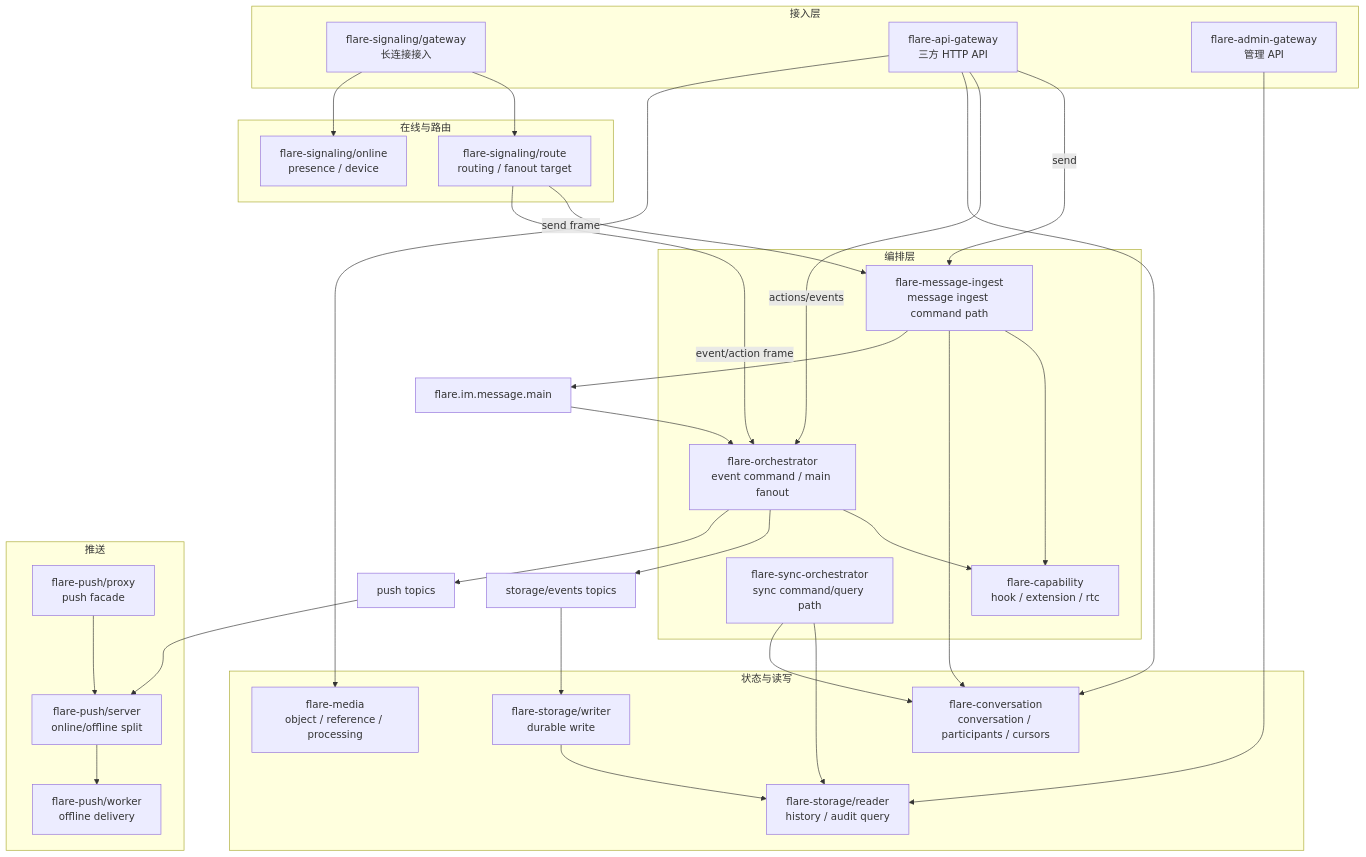
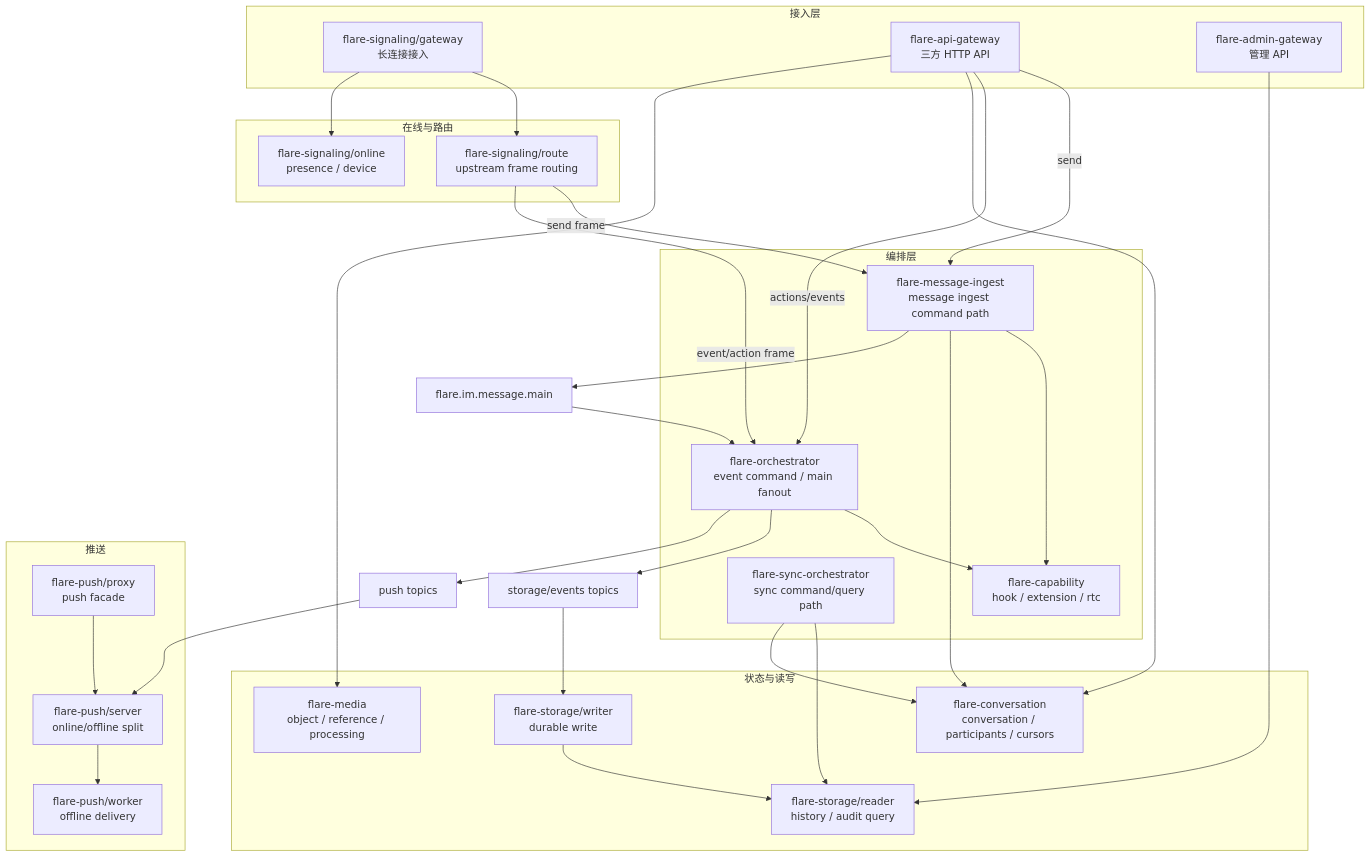
The diagram in docs/01-architecture-overview.md (flare-im/flare-im-core-server), drawn with Mermaid before and after one commit. The commit also changed other lines of this file and 128 other files, not shown here.

````diff
--- a/docs/01-architecture-overview.md
+++ b/docs/01-architecture-overview.md
@@ -28,57 +28,57 @@
 ```mermaid
 flowchart TB
     subgraph "接入层"
         SGW["flare-signaling/gateway<br/>长连接接入"]
         CGW["flare-api-gateway<br/>三方 HTTP API"]
         AGW["flare-admin-gateway<br/>管理 API"]
     end
 
     subgraph "在线与路由"
         Online["flare-signaling/online<br/>presence / device"]
-        Route["flare-signaling/route<br/>routing / fanout target"]
+        Route["flare-signaling/route<br/>upstream frame routing"]
     end
 
     subgraph "编排层"
         Ingest["flare-message-ingest<br/>message ingest command path"]
         Orchestrator["flare-orchestrator<br/>event command / main fanout"]
         Sync["flare-sync-orchestrator<br/>sync command/query path"]
         Capability["flare-capability<br/>hook / extension / rtc"]
     end
 
     subgraph "状态与读写"
         Conversation["flare-conversation<br/>conversation / participants / cursors"]
         Writer["flare-storage/writer<br/>durable write"]
         Reader["flare-storage/reader<br/>history / audit query"]
         Media["flare-media<br/>object / reference / processing"]
     end
 
     subgraph "推送"
         PushServer["flare-push/server<br/>online/offline split"]
         PushWorker["flare-push/worker<br/>offline delivery"]
         PushProxy["flare-push/proxy<br/>push facade"]
     end
 
     SGW --> Route
     SGW --> Online
     CGW -- "send" --> Ingest
     CGW -- "actions/events" --> Orchestrator
     CGW --> Conversation
     CGW --> Media
     AGW --> Reader
     Route -- "send frame" --> Ingest
     Route -- "event/action frame" --> Orchestrator
     Ingest --> Capability
     Ingest --> Conversation
     Ingest --> MQMain["flare.im.message.main"]
     MQMain --> Orchestrator
     Orchestrator --> Capability
     Orchestrator --> MQStorage["storage/events topics"]
     Orchestrator --> MQPush["push topics"]
     MQStorage --> Writer
     MQPush --> PushServer
     Sync --> Reader
     Sync --> Conversation
     Writer --> Reader
     PushServer --> PushWorker
     PushProxy --> PushServer
 ```
````
